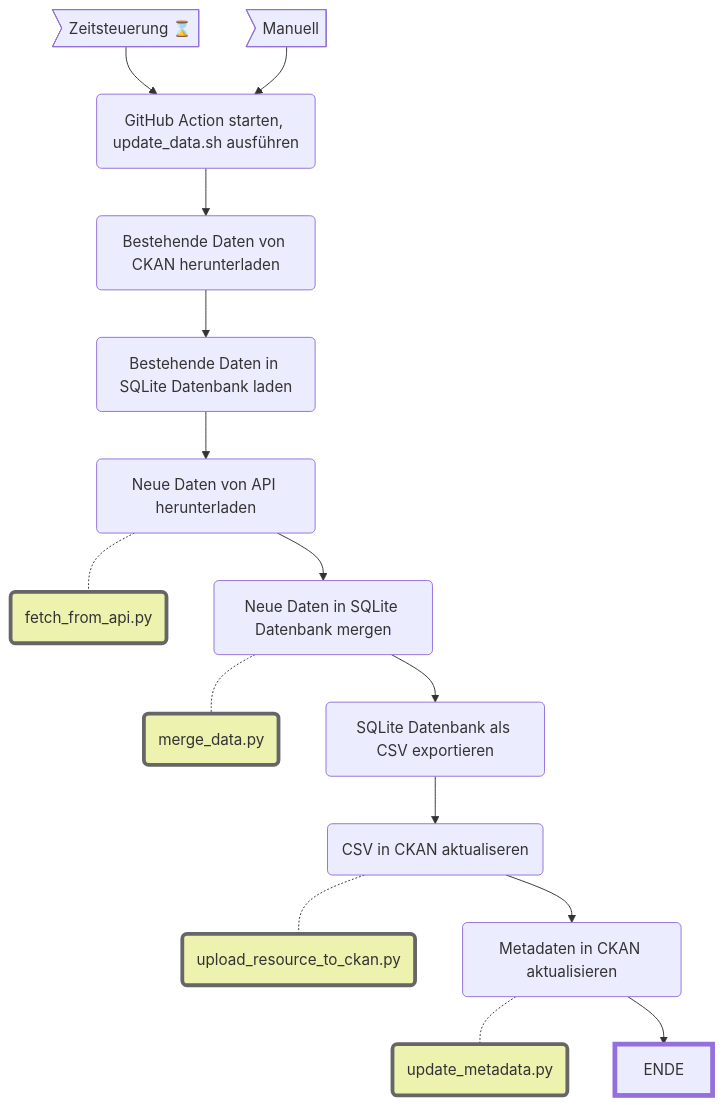
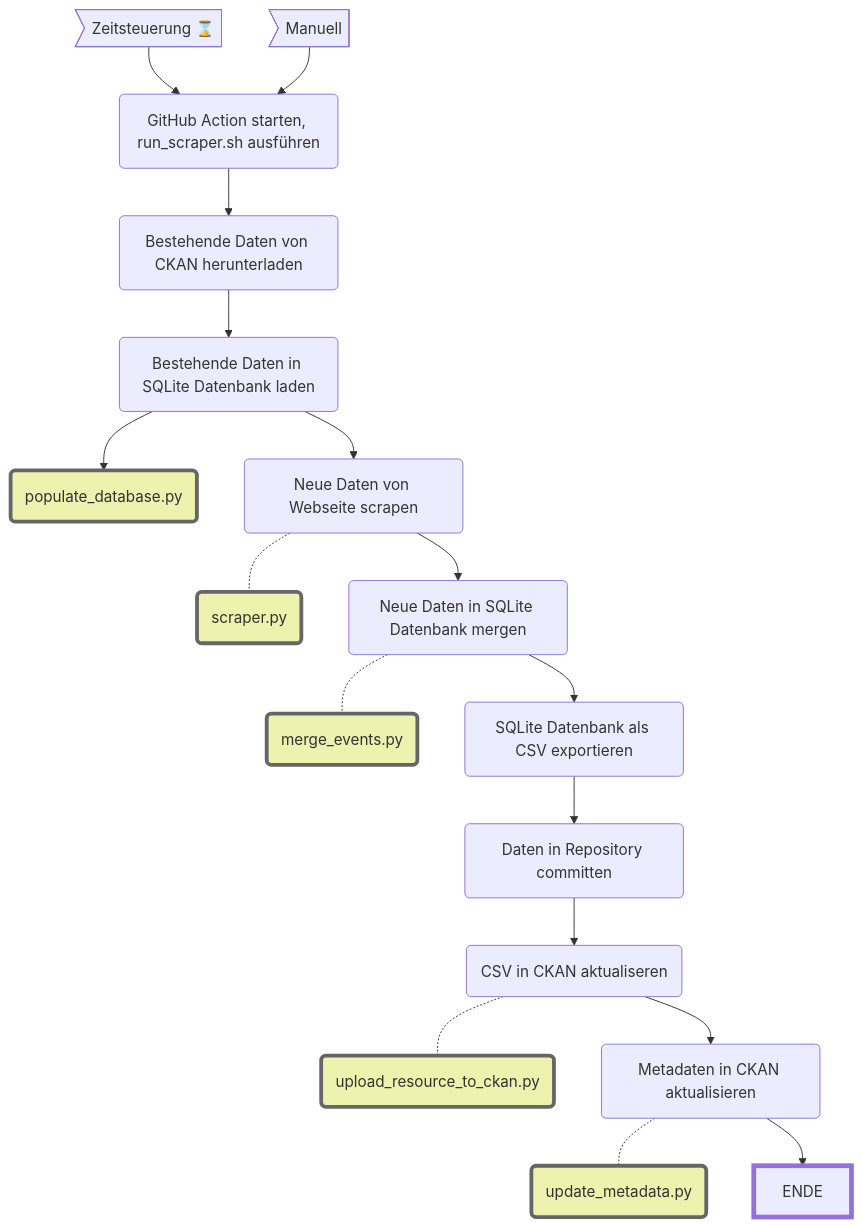
Before and after one commit to opendatazurich/opendatazurich.github.io: the diagram in automation/schulferien/README.md, drawn with Mermaid.

````diff
--- a/automation/schulferien/README.md
+++ b/automation/schulferien/README.md
@@ -16,22 +16,24 @@
 ```mermaid
 flowchart TB
     Zeit>"Zeitsteuerung ⌛️"]
     Manuell>"Manuell"]
-    Start(GitHub Action starten, update_data.sh ausführen)
+    Start(GitHub Action starten, run_scraper.sh ausführen)
     Zeit --> Start
     Manuell --> Start
     Start --> DatenVonCKAN(Bestehende Daten von CKAN herunterladen)
     DatenVonCKAN --> DatenInDB(Bestehende Daten in SQLite Datenbank laden)
-    DatenInDB --> API(Neue Daten von API herunterladen)
-    API -.- fetch(fetch_from_api.py):::script
-    API --> Merge(Neue Daten in SQLite Datenbank mergen)
-    Merge -.- merge(merge_data.py):::script
+    DatenInDB --> populate(populate_database.py):::script
+    DatenInDB --> Scraper(Neue Daten von Webseite scrapen)
+    Scraper -.- scrape(scraper.py):::script
+    Scraper --> Merge(Neue Daten in SQLite Datenbank mergen)
+    Merge -.- merge(merge_events.py):::script
     Merge --> Export(SQLite Datenbank als CSV exportieren)
-    Export --> DataUpdate(CSV in CKAN aktualiseren)
+    Export --> Commit(Daten in Repository committen)
+    Commit --> DataUpdate(CSV in CKAN aktualiseren)
     DataUpdate -.- upload(upload_resource_to_ckan.py):::script
     DataUpdate --> MetadataUpdate(Metadaten in CKAN aktualisieren)
     MetadataUpdate -.- updatemetadata(update_metadata.py):::script
     MetadataUpdate --> ENDE
     style ENDE stroke-width:5px
     classDef script fill:#EDF2AE,stroke:#666,stroke-width:4px
 ```
````
